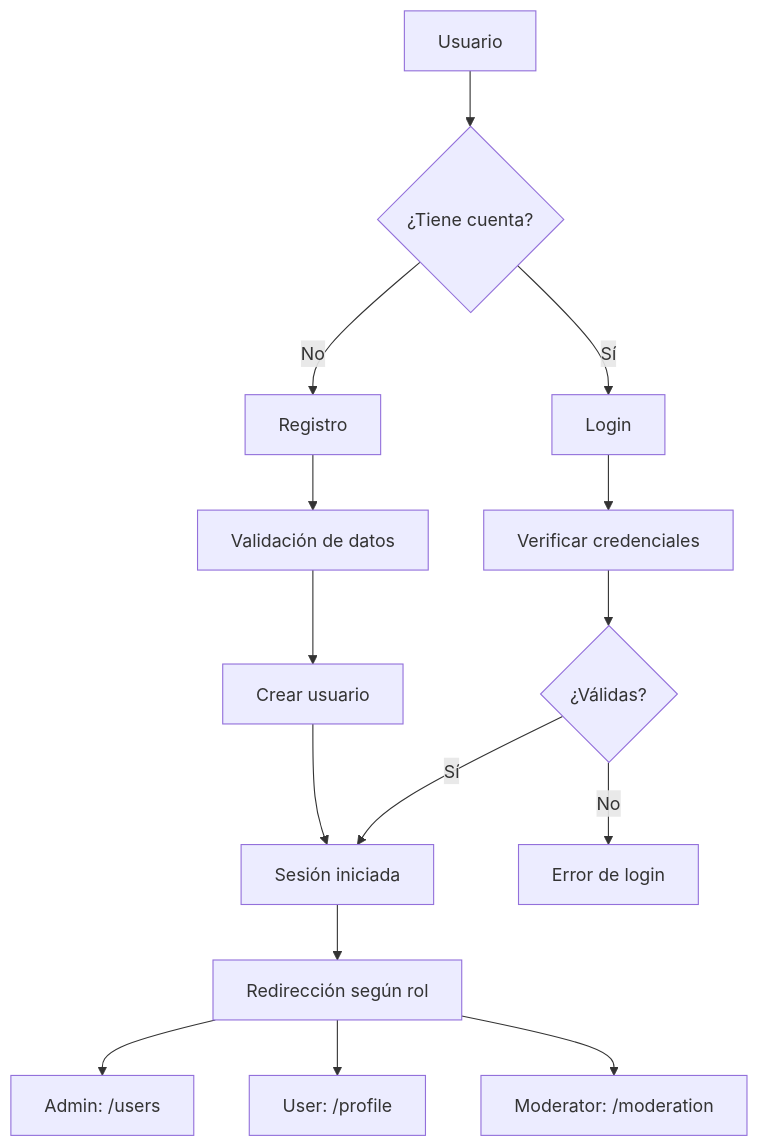
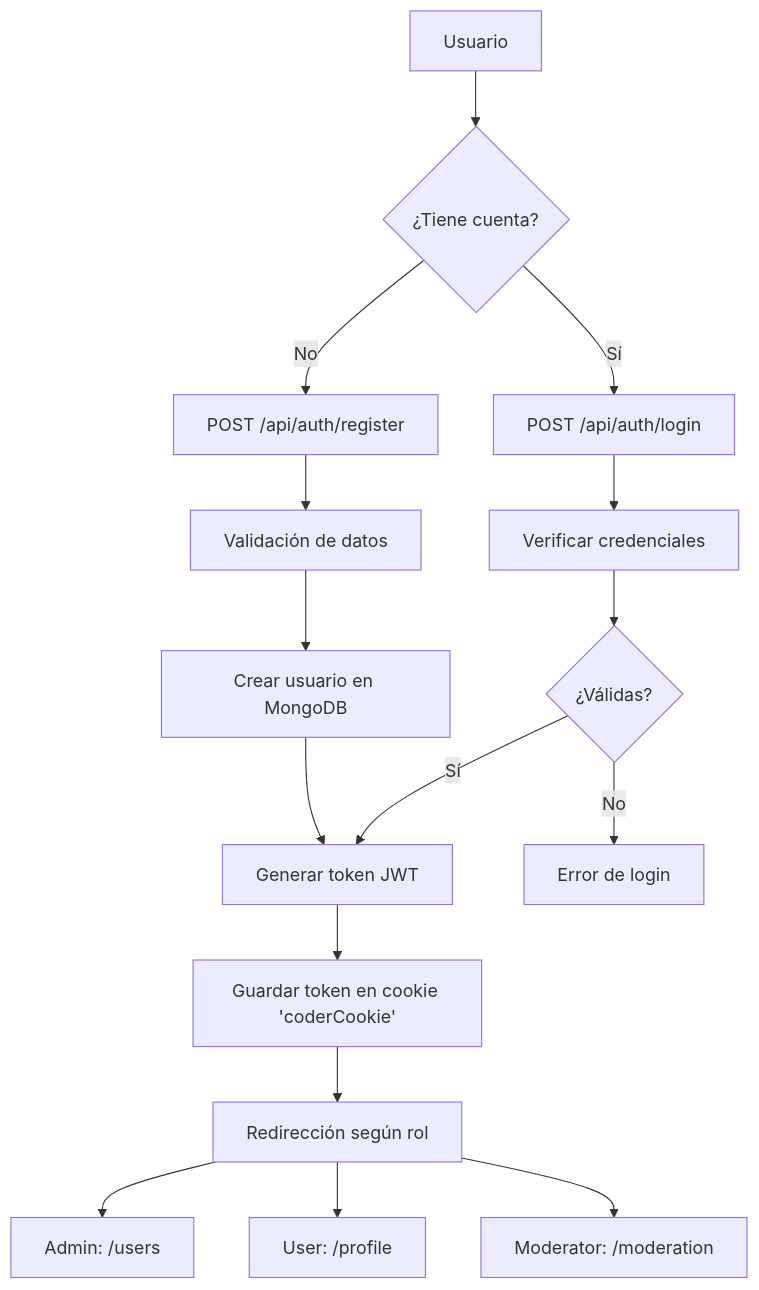
Before and after one commit to jorgecardenas9006/coder-77155: the first of 2 diagrams in README.md, drawn with Mermaid. The commit also changed other lines of this file, not shown here.

````diff
--- a/README.md
+++ b/README.md
@@ -149,17 +162,18 @@
 ```mermaid
 graph TD
     A[Usuario] --> B{¿Tiene cuenta?}
-    B -->|No| C[Registro]
-    B -->|Sí| D[Login]
+    B -->|No| C[POST /api/auth/register]
+    B -->|Sí| D[POST /api/auth/login]
     C --> E[Validación de datos]
-    E --> F[Crear usuario]
-    F --> G[Sesión iniciada]
+    E --> F[Crear usuario en MongoDB]
+    F --> G[Generar token JWT]
     D --> H[Verificar credenciales]
     H --> I{¿Válidas?}
     I -->|Sí| G
     I -->|No| J[Error de login]
-    G --> K[Redirección según rol]
-    K --> L[Admin: /users]
-    K --> M[User: /profile]
-    K --> N[Moderator: /moderation]
+    G --> L[Guardar token en cookie 'coderCookie']
+    L --> M[Redirección según rol]
+    M --> N[Admin: /users]
+    M --> O[User: /profile]
+    M --> P[Moderator: /moderation]
 ```
````
